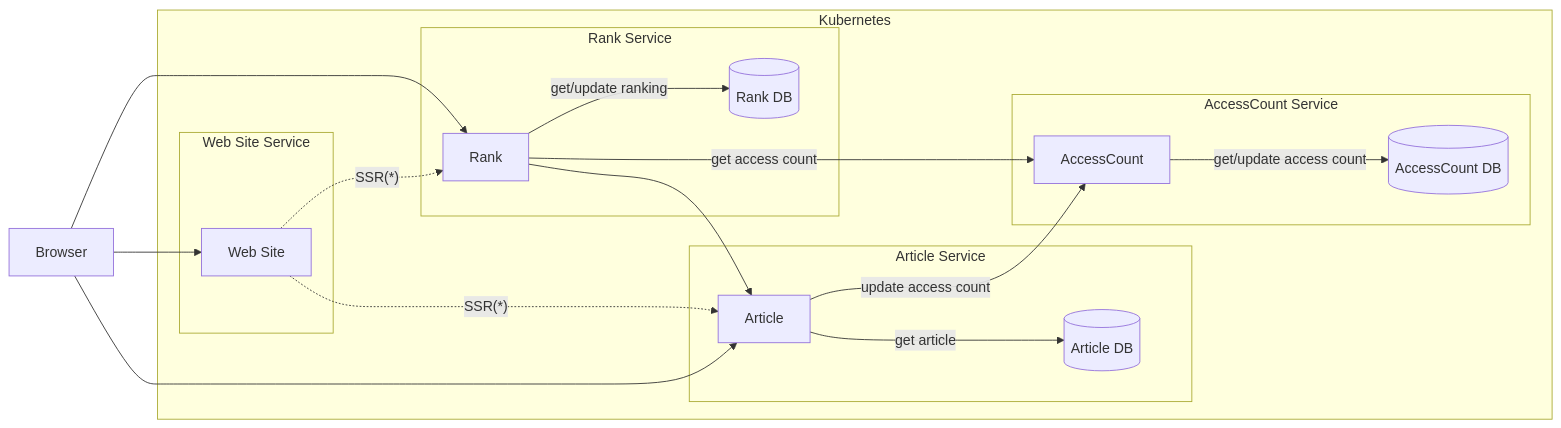
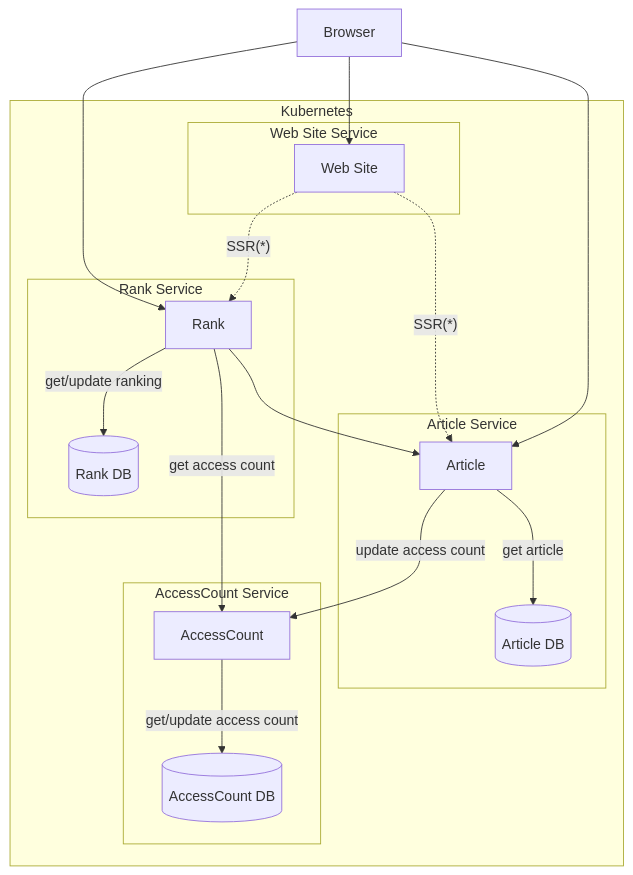
One commit to satooooshi/kubernetes-sample1 changed the first of 2 diagrams in README.md. Above: the diagram before and after it, drawn with Mermaid. The commit also changed other lines of this file and 12 other files, not shown here.

````diff
--- a/README.md
+++ b/README.md
@@ -23,27 +25,27 @@
-```mermaid
-%% TODO make picture
-graph LR
-  browser["Browser"]
-  browser --> article
-  browser --> website
-  subgraph k8s["Kubernetes"]
-    website -. "SSR(*)" .-> article["Article"]
-    website -. "SSR(*)" .-> rank["Rank"]
-    subgraph websitesvc["Web Site Service"]
-      website["Web Site"]
+  ```mermaid
+  %% TODO make picture
+  graph TD
+    browser["Browser"]
+    browser --> article
+    browser --> website
+    subgraph k8s["Kubernetes"]
+      website -. "SSR(*)" .-> article["Article"]
+      website -. "SSR(*)" .-> rank["Rank"]
+      subgraph websitesvc["Web Site Service"]
+        website["Web Site"]
+      end
+      article -- "update access count" --> accesscount["AccessCount"]
+      rank -- "get access count" --> accesscount
+      subgraph articlesvc["Article Service"]
+        article -- "get article" --> articledb[("Article DB")]
+      end
+      subgraph accesscountsvc["AccessCount Service"]
+        accesscount -- "get/update access count" --> accesscountdb[("AccessCount DB")]
+      end
+      subgraph ranksvc["Rank Service"]
+        rank -- "get/update ranking" --> rankdb[("Rank DB")]
+      end
+      rank --> article
     end
-    article -- "update access count" --> accesscount["AccessCount"]
-    rank -- "get access count" --> accesscount
-    subgraph articlesvc["Article Service"]
-      article -- "get article" --> articledb[("Article DB")]
-    end
-    subgraph accesscountsvc["AccessCount Service"]
-      accesscount -- "get/update access count" --> accesscountdb[("AccessCount DB")]
-    end
-    subgraph ranksvc["Rank Service"]
-      rank -- "get/update ranking" --> rankdb[("Rank DB")]
-    end
-    rank --> article
-  end
-  browser --> rank
-```
+    browser --> rank
+  ```
````
